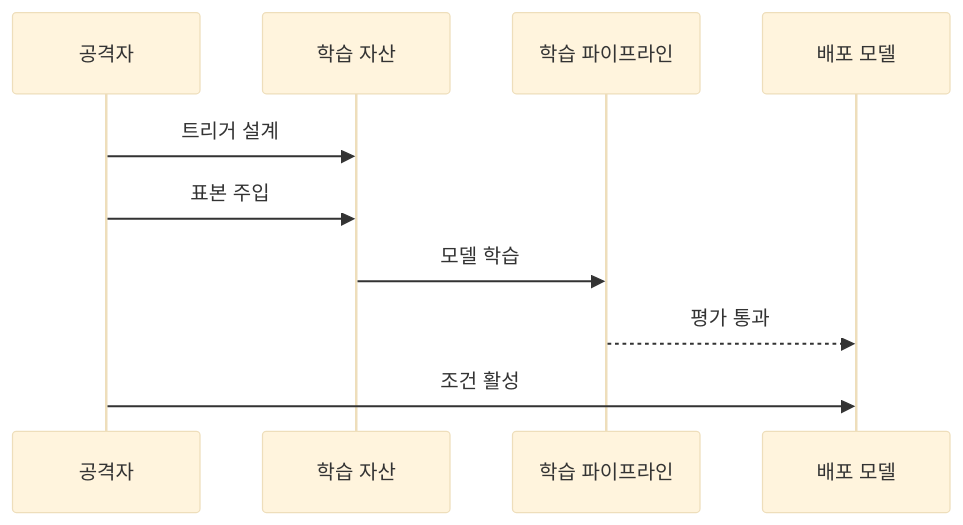
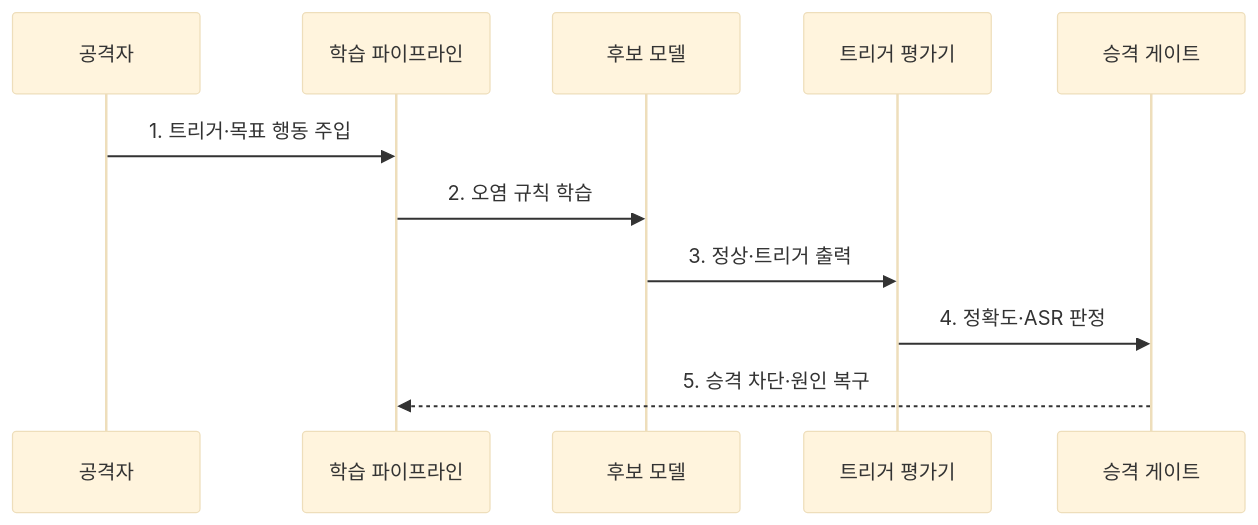
Before and after one commit to agnusdei1207/knowledge-base: the second of 2 diagrams in src/content/docs/notes/05-security/085_backdoor_attack.md, drawn with Mermaid (base theme). The commit also changed other lines of this file and 6 other files, not shown here.

````diff
--- a/src/content/docs/notes/05-security/085_backdoor_attack.md
+++ b/src/content/docs/notes/05-security/085_backdoor_attack.md
@@ -76,12 +81,13 @@
 ```mermaid
 sequenceDiagram
     participant A as 공격자
-    participant D as 학습 자산
     participant P as 학습 파이프라인
-    participant M as 배포 모델
-    A->>D: 트리거 설계
-    A->>D: 표본 주입
-    D->>P: 모델 학습
-    P-->>M: 평가 통과
-    A->>M: 조건 활성
+    participant M as 후보 모델
+    participant E as 트리거 평가기
+    participant G as 승격 게이트
+    A->>P: 1. 트리거·목표 행동 주입
+    P->>M: 2. 오염 규칙 학습
+    M->>E: 3. 정상·트리거 출력
+    E->>G: 4. 정확도·ASR 판정
+    G-->>P: 5. 승격 차단·원인 복구
 ```
````
